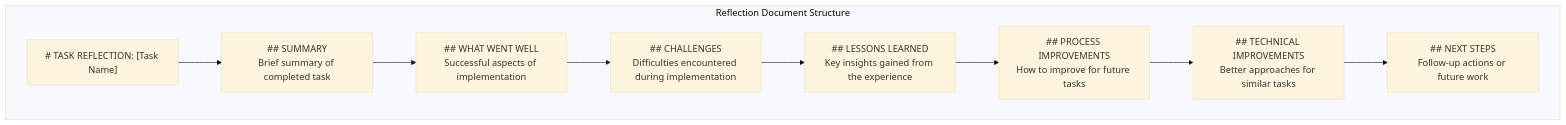
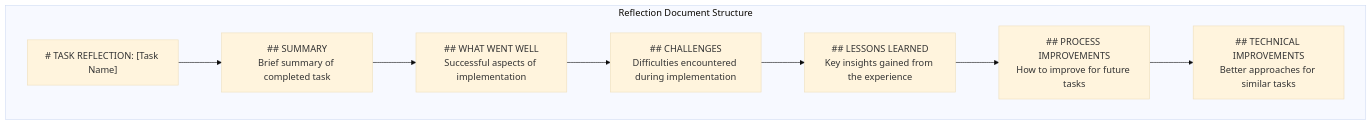
Before and after one commit to xianzhu21/cursor-memory-notion: the second of 5 diagrams in .cursor/rules/isolation_rules/visual-maps/reflect-mode-map.mdc, drawn with Mermaid (base theme). The commit also changed other lines of this file and 1 other file, not shown here.

````diff
--- a/.cursor/rules/isolation_rules/visual-maps/reflect-mode-map.mdc
+++ b/.cursor/rules/isolation_rules/visual-maps/reflect-mode-map.mdc
@@ -59,15 +63,14 @@
 ```mermaid
 graph TD
     subgraph "Reflection Document Structure"
         Header["# TASK REFLECTION: [Task Name]"]
         Summary["## SUMMARY<br>Brief summary of completed task"]
         WWW["## WHAT WENT WELL<br>Successful aspects of implementation"]
         Challenges["## CHALLENGES<br>Difficulties encountered during implementation"]
         Lessons["## LESSONS LEARNED<br>Key insights gained from the experience"]
         ProcessImp["## PROCESS IMPROVEMENTS<br>How to improve for future tasks"]
         TechImp["## TECHNICAL IMPROVEMENTS<br>Better approaches for similar tasks"]
-        NextSteps["## NEXT STEPS<br>Follow-up actions or future work"]
     end
     
-    Header --> Summary --> WWW --> Challenges --> Lessons --> ProcessImp --> TechImp --> NextSteps
+    Header --> Summary --> WWW --> Challenges --> Lessons --> ProcessImp --> TechImp
 ```
````
